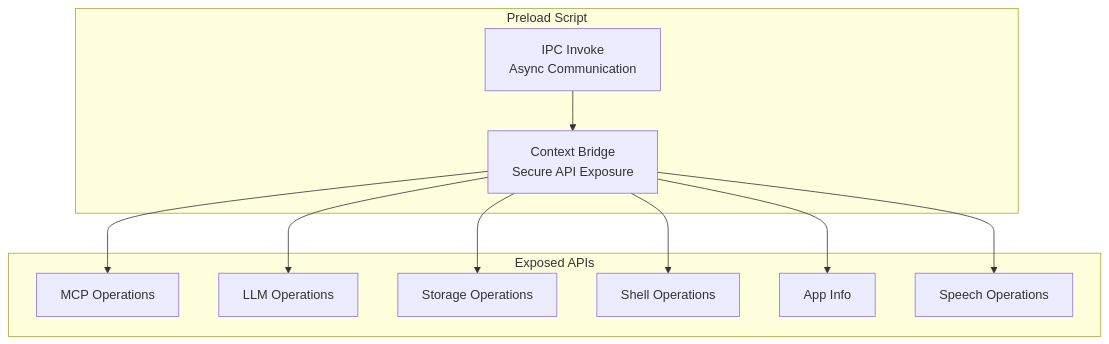
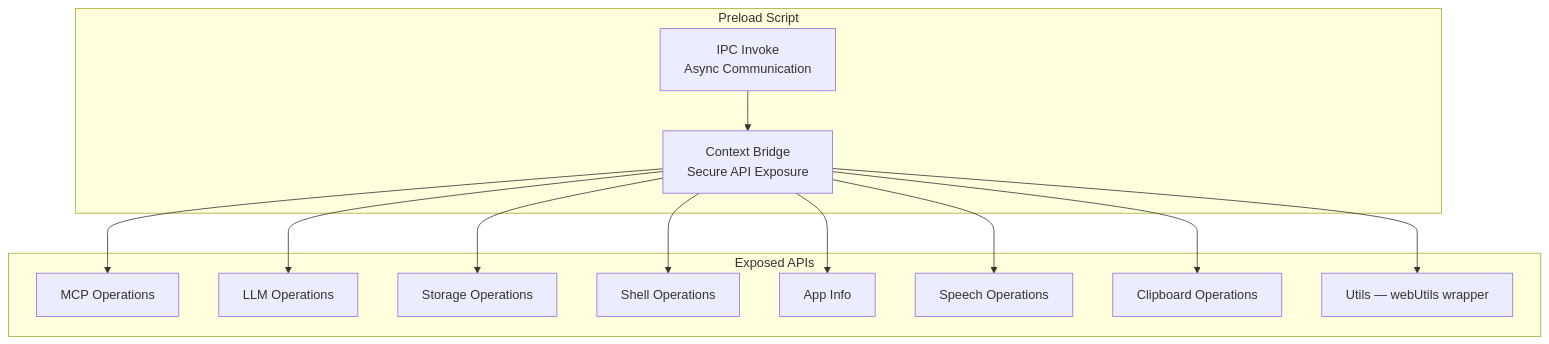
Before and after one commit to meharajM/ai-worker.app: the third of 32 diagrams in architecture.md, drawn with Mermaid. The commit also changed other lines of this file and 8 other files, not shown here.

````diff
--- a/architecture.md
+++ b/architecture.md
@@ -111,24 +111,28 @@
 ```mermaid
 graph TB
     subgraph "Preload Script"
         ContextBridge[Context Bridge<br/>Secure API Exposure]
         IPCInvoke[IPC Invoke<br/>Async Communication]
     end
 
     subgraph "Exposed APIs"
         MCPAPI[MCP Operations]
         LLMAPI[LLM Operations]
         StoreAPI[Storage Operations]
         ShellAPI[Shell Operations]
         AppAPI[App Info]
         SpeechAPI[Speech Operations]
+        ClipboardAPI[Clipboard Operations]
+        UtilsAPI[Utils — webUtils wrapper]
     end
 
     ContextBridge --> MCPAPI
     ContextBridge --> LLMAPI
     ContextBridge --> StoreAPI
     ContextBridge --> ShellAPI
     ContextBridge --> AppAPI
     ContextBridge --> SpeechAPI
+    ContextBridge --> ClipboardAPI
+    ContextBridge --> UtilsAPI
     IPCInvoke --> ContextBridge
 ```
````
